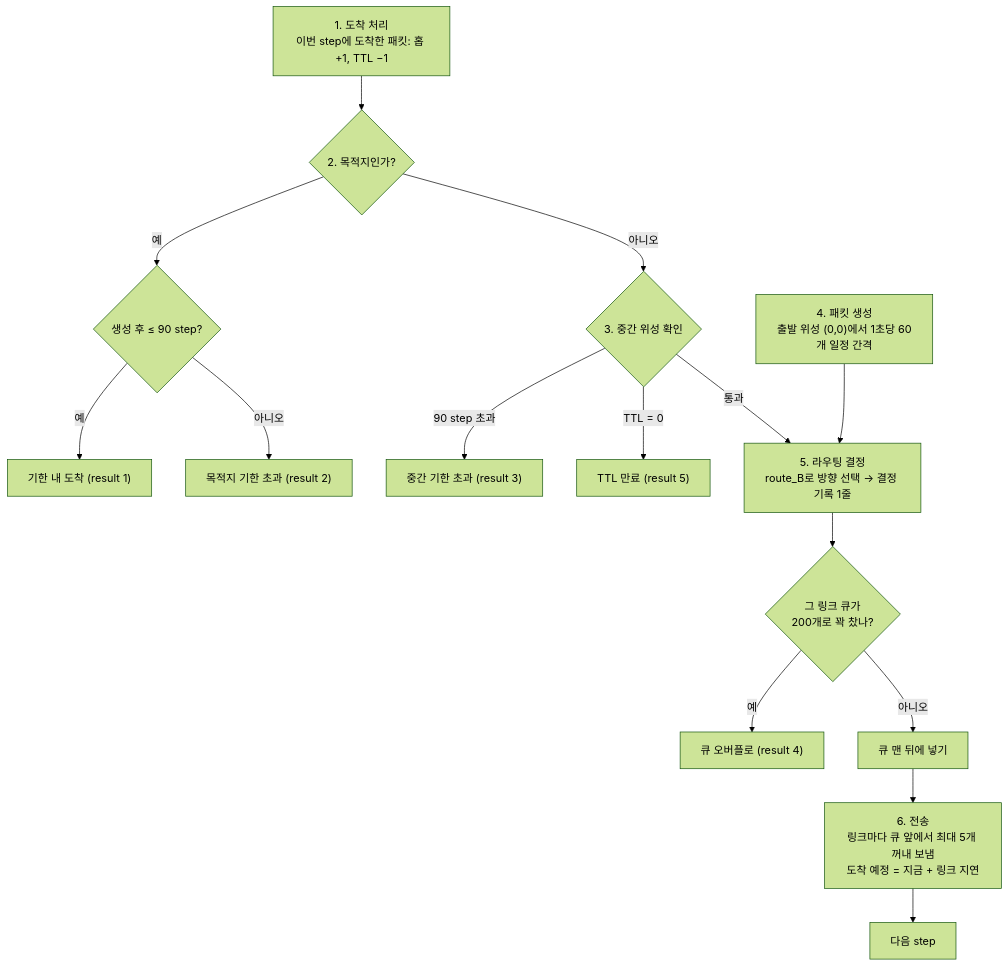
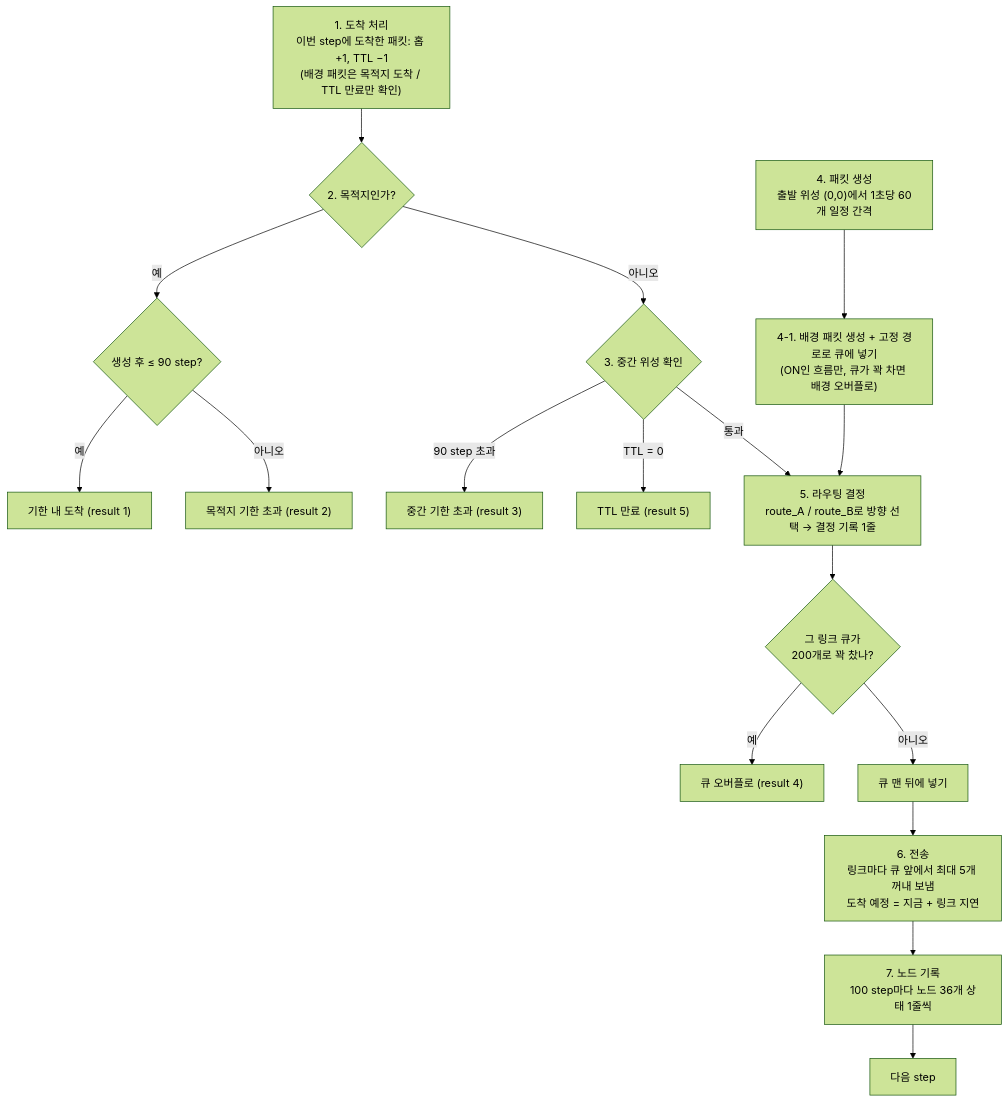
Before and after one commit to 26-2-capstone2/26-2capstone2: the second of 4 diagrams in flow.md, drawn with Mermaid (forest theme). The commit also changed other lines of this file and 2 other files, not shown here.

Commit message:
README, csv.md, flow.md 최신 내용으로 수정

````diff
--- a/flow.md
+++ b/flow.md
@@ -81,17 +90,19 @@
 ```mermaid
 flowchart TD
-    S1["1. 도착 처리<br/>이번 step에 도착한 패킷: 홉 +1, TTL −1"] --> S2
+    S1["1. 도착 처리<br/>이번 step에 도착한 패킷: 홉 +1, TTL −1<br/>(배경 패킷은 목적지 도착 / TTL 만료만 확인)"] --> S2
     S2{"2. 목적지인가?"} -- "예" --> S2a{"생성 후 ≤ 90 step?"}
     S2a -- "예" --> OK["기한 내 도착 (result 1)"]
     S2a -- "아니오" --> L2["목적지 기한 초과 (result 2)"]
     S2 -- "아니오" --> S3{"3. 중간 위성 확인"}
     S3 -- "90 step 초과" --> L3["중간 기한 초과 (result 3)"]
     S3 -- "TTL = 0" --> L5["TTL 만료 (result 5)"]
     S3 -- "통과" --> S5
-    S4["4. 패킷 생성<br/>출발 위성 (0,0)에서 1초당 60개 일정 간격"] --> S5
-    S5["5. 라우팅 결정<br/>route_B로 방향 선택 → 결정 기록 1줄"] --> Q{"그 링크 큐가<br/>200개로 꽉 찼나?"}
+    S4["4. 패킷 생성<br/>출발 위성 (0,0)에서 1초당 60개 일정 간격"] --> S41
+    S41["4-1. 배경 패킷 생성 + 고정 경로로 큐에 넣기<br/>(ON인 흐름만, 큐가 꽉 차면 배경 오버플로)"] --> S5
+    S5["5. 라우팅 결정<br/>route_A / route_B로 방향 선택 → 결정 기록 1줄"] --> Q{"그 링크 큐가<br/>200개로 꽉 찼나?"}
     Q -- "예" --> L4["큐 오버플로 (result 4)"]
     Q -- "아니오" --> S6["큐 맨 뒤에 넣기"]
     S6 --> S7["6. 전송<br/>링크마다 큐 앞에서 최대 5개 꺼내 보냄<br/>도착 예정 = 지금 + 링크 지연"]
-    S7 --> NEXT["다음 step"]
+    S7 --> S8["7. 노드 기록<br/>100 step마다 노드 36개 상태 1줄씩"]
+    S8 --> NEXT["다음 step"]
 ```
````
